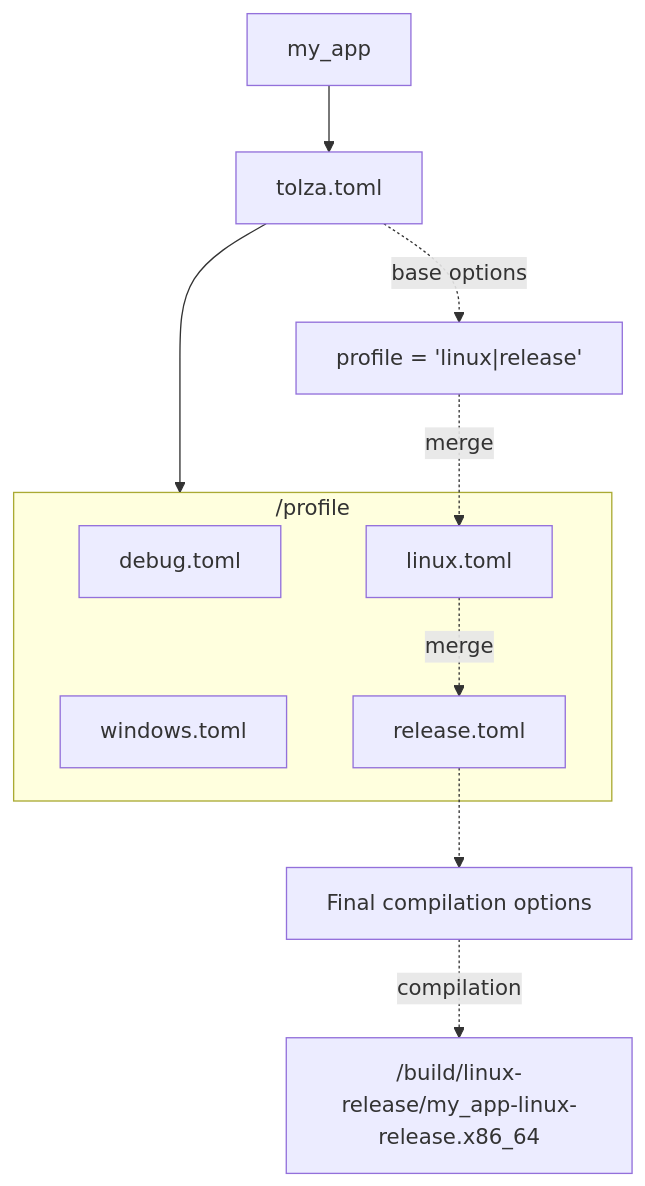
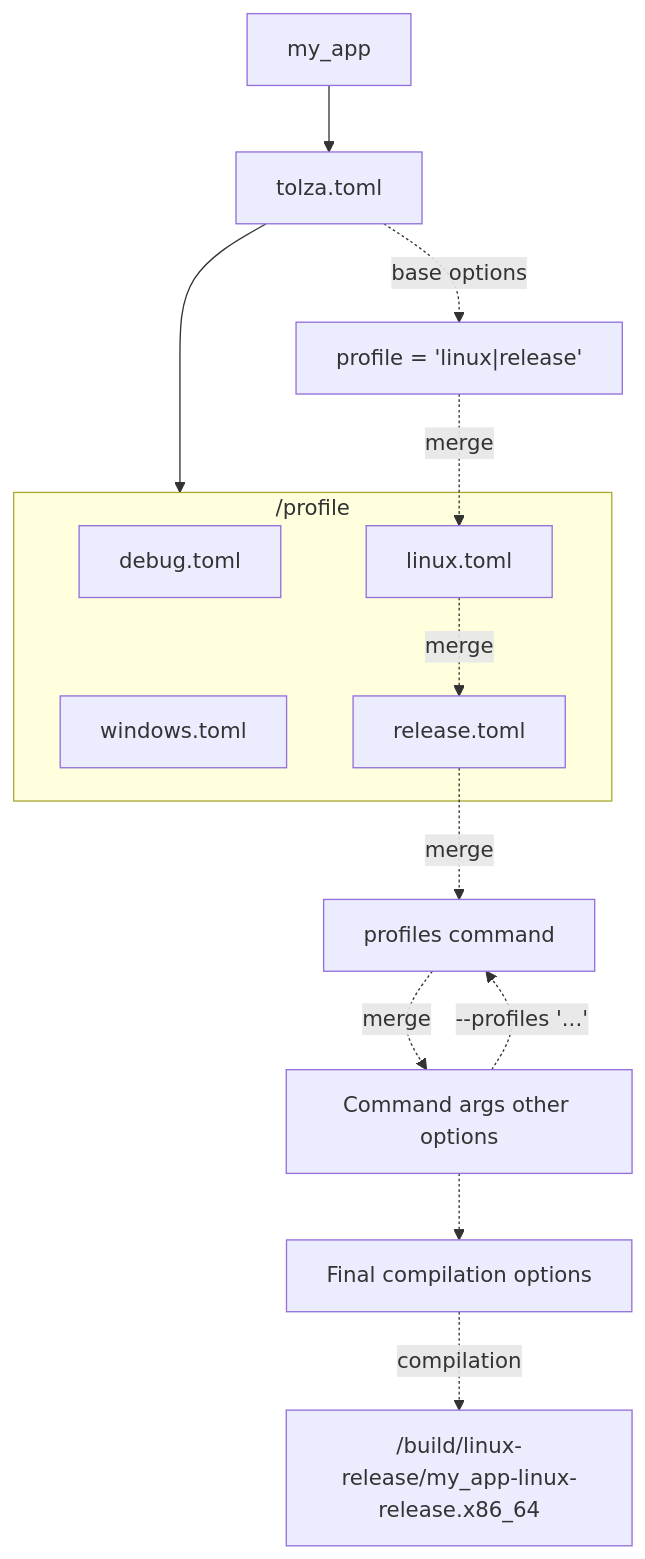
One commit to TheProgrammare/Tolza changed the diagram in docs/wiki/compiler/profile.md. Above: the diagram before and after it, drawn with Mermaid.

````diff
--- a/docs/wiki/compiler/profile.md
+++ b/docs/wiki/compiler/profile.md
@@ -23,17 +23,21 @@
 ```mermaid
 flowchart TD
   AA[my_app] --> A[tolza.toml]
   subgraph PROFILES["/profile"]
     C[debug.toml]
     C3[linux.toml]
     C2[windows.toml]
     C1[release.toml]
   end
   A --> PROFILES
 
   A -. base options .-> D["profile = 'linux|release'"]
   D -. merge .-> C3
   C3 -. merge .-> C1
-  C1 .-> E[Final compilation options]
+  C1 -. merge .-> C5[profiles command]
+  C5 -. merge .-> C4[Command args other options]
+  C4 .->|--profiles '...'| C5
+
+  C4 .-> E[Final compilation options]
   E -. compilation .-> G["/build/linux-release/my_app-linux-release.x86_64"]
 ```
````
